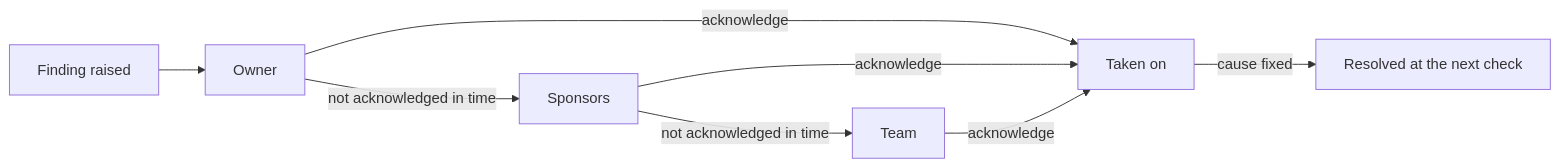
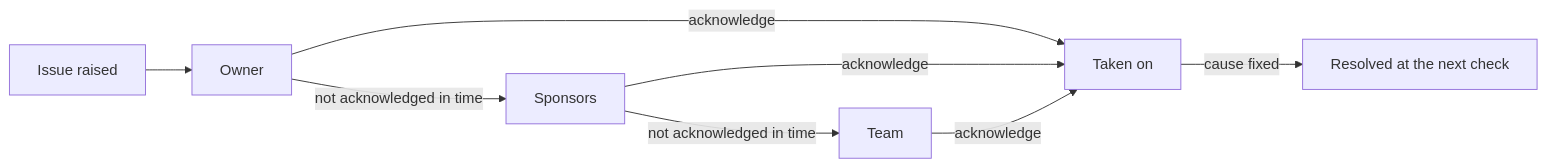
Before and after one commit to sreent/agentgov: the diagram in docs/issues.md, drawn with Mermaid. The commit also changed other lines of this file and 60 other files, not shown here.

````diff
--- a/docs/issues.md
+++ b/docs/issues.md
@@ -18,8 +18,8 @@
 ```mermaid
 flowchart LR
-    F[Finding raised] --> O[Owner]
+    F[Issue raised] --> O[Owner]
     O -->|not acknowledged in time| S[Sponsors]
     S -->|not acknowledged in time| T[Team]
     O & S & T -->|acknowledge| A[Taken on]
     A -->|cause fixed| R[Resolved at the next check]
 ```
````
